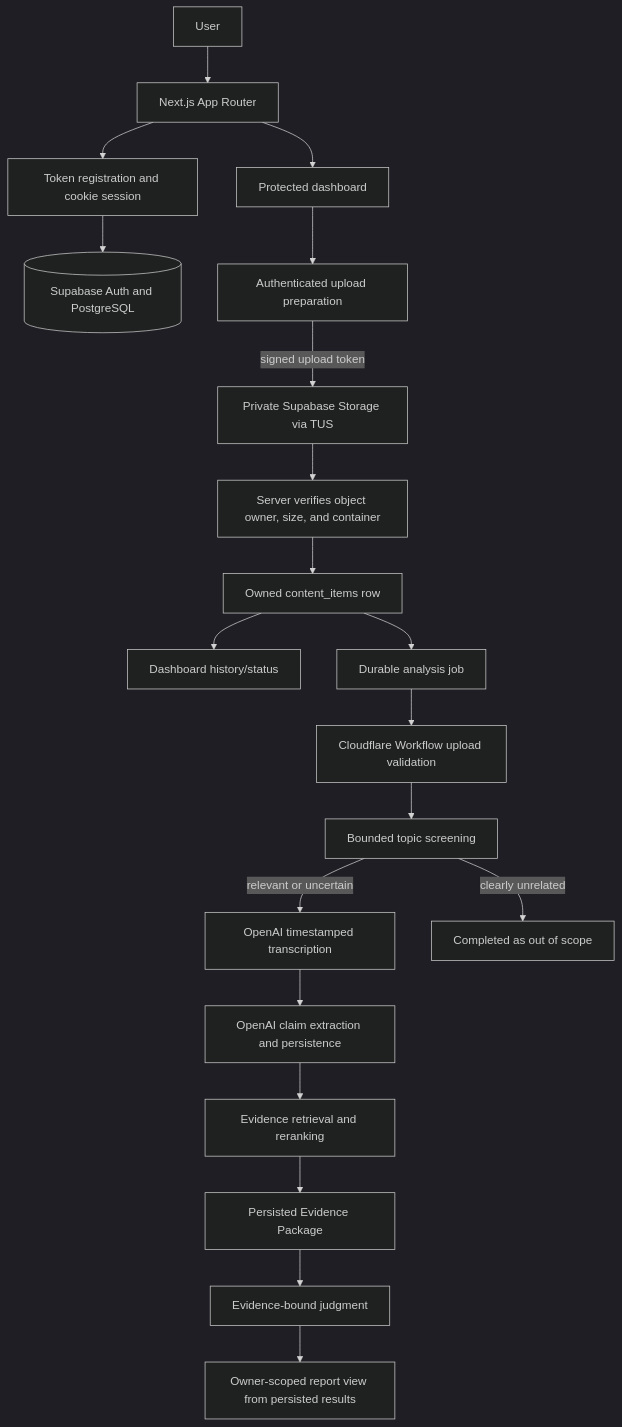
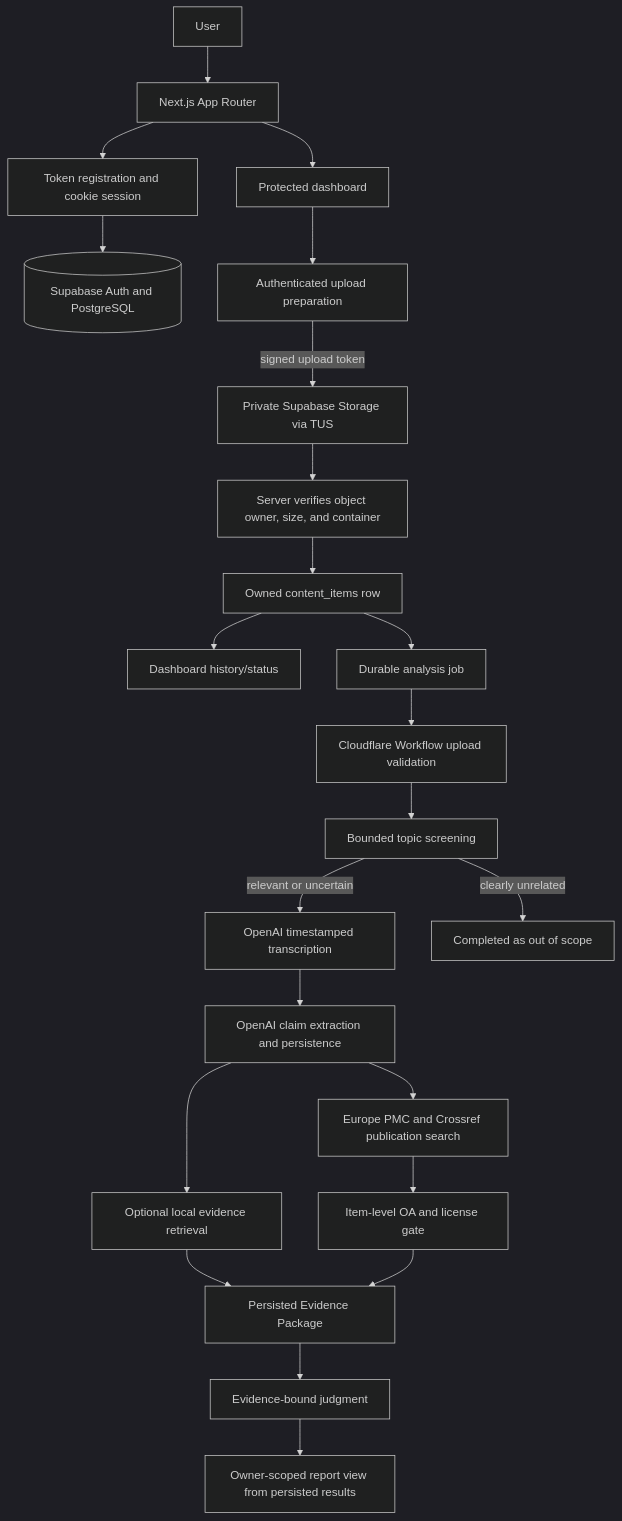
Before and after one commit to Kirbik/psych-factcheck: the diagram in ARCHITECTURE.md, drawn with Mermaid (dark theme). The commit also changed other lines of this file and 23 other files, not shown here.

````diff
--- a/ARCHITECTURE.md
+++ b/ARCHITECTURE.md
@@ -21,22 +21,25 @@
 ```mermaid
 flowchart TD
   U[User] --> WEB[Next.js App Router]
   WEB --> AUTH[Token registration and cookie session]
   AUTH --> DB[(Supabase Auth and PostgreSQL)]
   WEB --> DASH[Protected dashboard]
   DASH --> UP[Authenticated upload preparation]
   UP -->|signed upload token| STORAGE[Private Supabase Storage via TUS]
   STORAGE --> VERIFY[Server verifies object owner, size, and container]
   VERIFY --> CONTENT[Owned content_items row]
   CONTENT --> HISTORY[Dashboard history/status]
   CONTENT --> JOB[Durable analysis job]
   JOB --> PREP[Cloudflare Workflow upload validation]
   PREP --> SCREEN[Bounded topic screening]
   SCREEN -->|relevant or uncertain| TRANS[OpenAI timestamped transcription]
   SCREEN -->|clearly unrelated| STOP[Completed as out of scope]
   TRANS --> CLAIMS[OpenAI claim extraction and persistence]
-  CLAIMS --> RAG[Evidence retrieval and reranking]
+  CLAIMS --> RAG[Optional local evidence retrieval]
+  CLAIMS --> SEARCH[Europe PMC and Crossref publication search]
   RAG --> PACKAGE[Persisted Evidence Package]
+  SEARCH --> RIGHTS[Item-level OA and license gate]
+  RIGHTS --> PACKAGE
   PACKAGE --> JUDGE[Evidence-bound judgment]
   JUDGE --> REPORT[Owner-scoped report view from persisted results]
 ```
````
